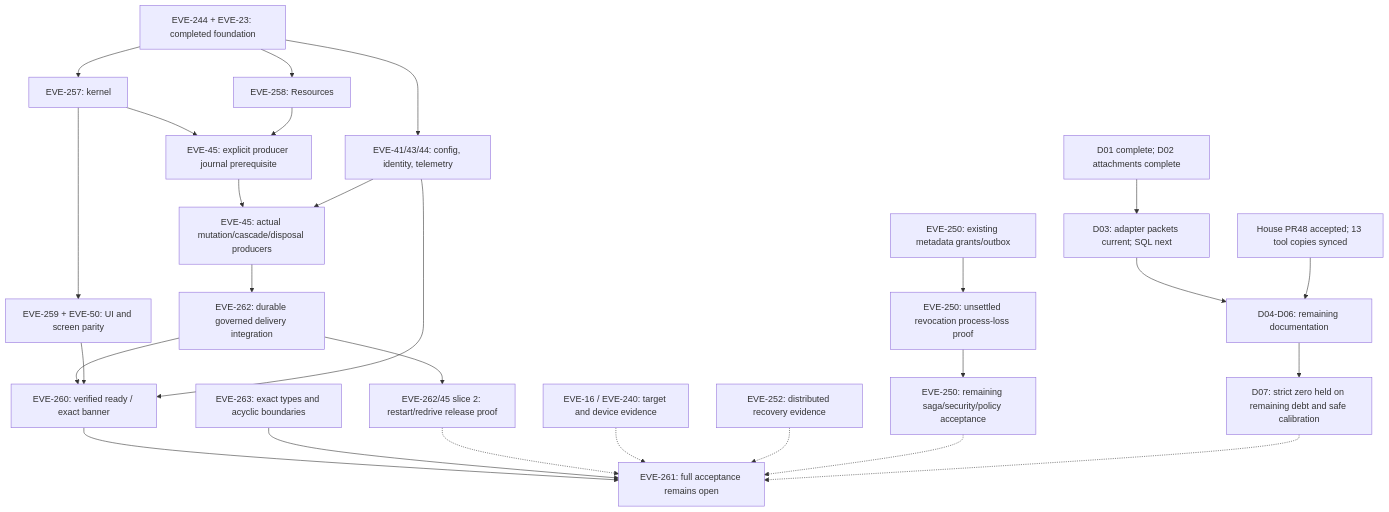
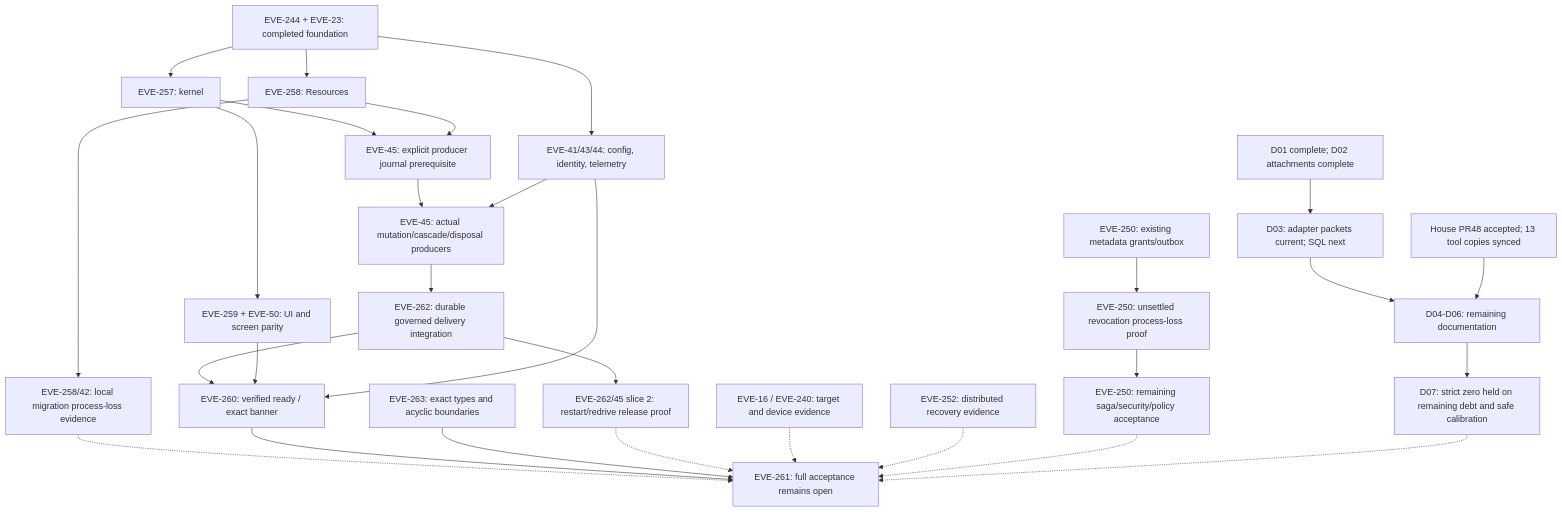
The first of 2 diagrams in docs/planning/timeline.md (Resnovas/Eventiva), drawn with Mermaid before and after one commit. The commit also changed other lines of this file and 12 other files, not shown here.

First line of the commit message:
test(resources): prove migration process-loss recovery for EVE-258

````diff
--- a/docs/planning/timeline.md
+++ b/docs/planning/timeline.md
@@ -158,46 +169,49 @@
 ```mermaid
 flowchart TD
     F["EVE-244 + EVE-23: completed foundation"] --> K["EVE-257: kernel"]
     F --> R["EVE-258: Resources"]
+    R --> REC["EVE-258/42: local migration process-loss evidence"]
+    REC -.-> I["EVE-261: full acceptance remains open"]
     F --> C["EVE-41/43/44: config, identity, telemetry"]
     K --> J["EVE-45: explicit producer journal prerequisite"]
     R --> J
     J --> P["EVE-45: actual mutation/cascade/disposal producers"]
     C --> P
     P --> H["EVE-262: durable governed delivery integration"]
     H --> HR["EVE-262/45 slice 2: restart/redrive release proof"]
     K --> U["EVE-259 + EVE-50: UI and screen parity"]
     H --> B["EVE-260: verified ready / exact banner"]
     U --> B
     C --> B
     B --> I["EVE-261: full acceptance remains open"]
     T["EVE-263: exact types and acyclic boundaries"] --> I
     HR -.-> I
     N["EVE-16 / EVE-240: target and device evidence"] -.-> I
     D["EVE-252: distributed recovery evidence"] -.-> I
     M["EVE-250: existing metadata grants/outbox"] --> MR["EVE-250: unsettled revocation process-loss proof"]
     MR --> MA["EVE-250: remaining saga/security/policy acceptance"]
     MA -.-> I
     DOC_A["D01 complete; D02 attachments complete"] --> DOC_B["D03: adapter packets current; SQL next"]
     DOC_B --> DOC_C["D04-D06: remaining documentation"]
     HOUSE_DOC["House PR48 accepted; 13 tool copies synced"] --> DOC_C
     DOC_C --> DOC_D["D07: strict zero held on remaining debt and safe calibration"]
     DOC_D -.-> I
     click F "https://linear.app/resnovas/issue/EVE-244"
     click K "https://linear.app/resnovas/issue/EVE-257"
     click R "https://linear.app/resnovas/issue/EVE-258"
+    click REC "https://linear.app/resnovas/issue/EVE-258"
     click C "https://linear.app/resnovas/issue/EVE-44"
     click J "https://linear.app/resnovas/issue/EVE-45"
     click P "https://linear.app/resnovas/issue/EVE-45"
     click H "https://linear.app/resnovas/issue/EVE-262"
     click HR "https://linear.app/resnovas/issue/EVE-262"
     click U "https://linear.app/resnovas/issue/EVE-259"
     click B "https://linear.app/resnovas/issue/EVE-260"
     click I "https://linear.app/resnovas/issue/EVE-261"
     click T "https://linear.app/resnovas/issue/EVE-263"
     click N "https://linear.app/resnovas/issue/EVE-16"
     click D "https://linear.app/resnovas/issue/EVE-252"
     click M "https://linear.app/resnovas/issue/EVE-250"
     click MR "https://linear.app/resnovas/issue/EVE-250"
     click MA "https://linear.app/resnovas/issue/EVE-250"
 ```
````
